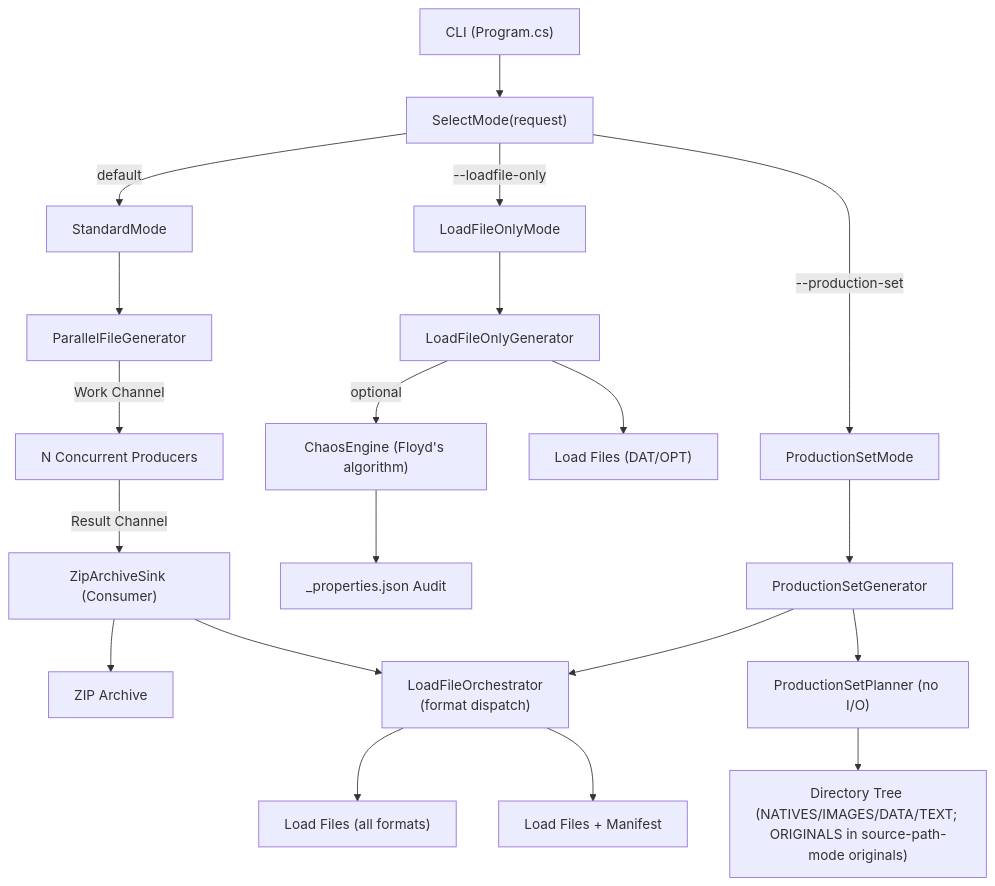
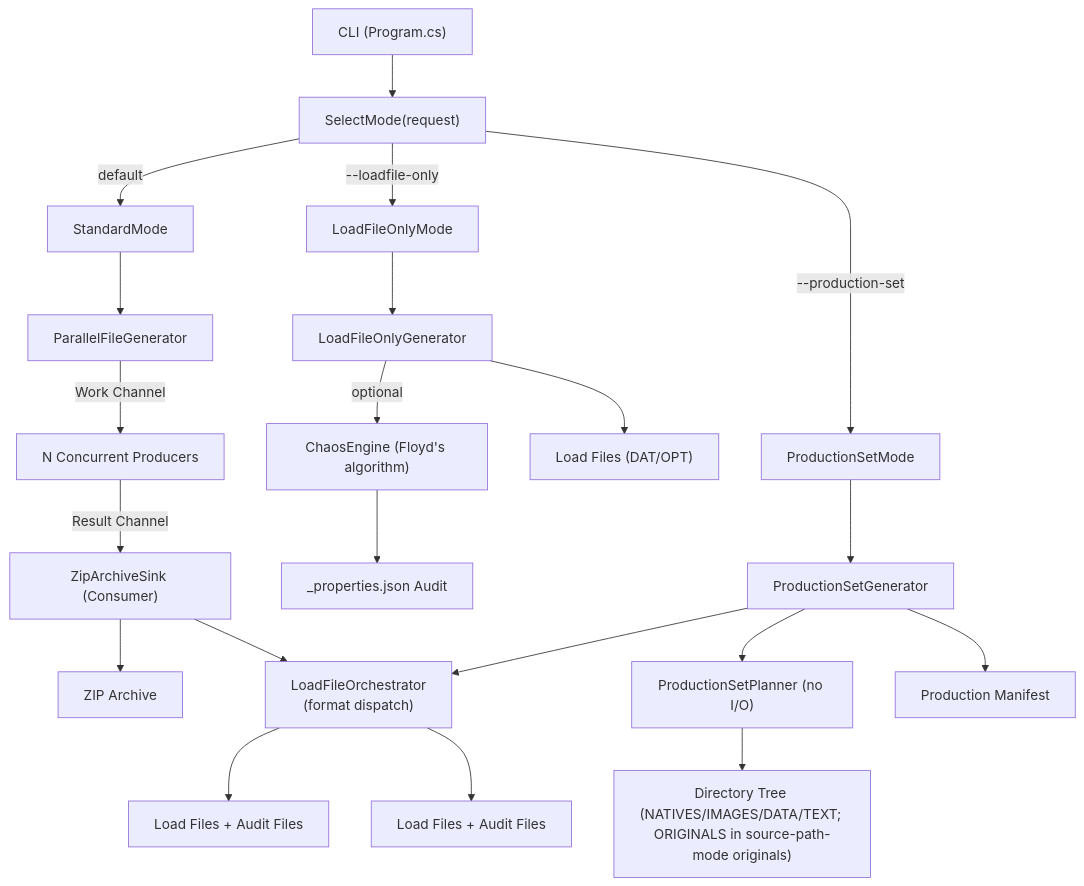
The first of 3 diagrams in docs/architecture.md (dwojtaszek/zipper), drawn with Mermaid before and after one commit. The commit also changed 2 other files, not shown here.

Commit message:
fix: honor review findings on orchestrator extraction
- Restore prior non-cancellable load-file phase in ZipArchiveSink by
  passing CancellationToken.None, so cancellation cannot leave partial
  DAT/OPT/audit sidecars in the output directory (Standard mode).
- Check cancellation before generating the Audit File and pass the token
  to the audit StreamWriter write.
- Fix architecture diagram: LoadFileOrchestrator emits Load Files + Audit
  Files; Production Manifest stays owned by ProductionSetGenerator.

````diff
--- a/docs/architecture.md
+++ b/docs/architecture.md
@@ -40,26 +40,27 @@
 ```mermaid
 graph TD
     CLI["CLI (Program.cs)"]
     CLI --> SelectMode["SelectMode(request)"]
     SelectMode -->|"default"| StandardMode["StandardMode"]
     SelectMode -->|"--loadfile-only"| LoadFileOnlyMode["LoadFileOnlyMode"]
     SelectMode -->|"--production-set"| ProductionSetMode["ProductionSetMode"]
 
     StandardMode --> PFG["ParallelFileGenerator"]
     PFG -->|"Work Channel"| Producers["N Concurrent Producers"]
     Producers -->|"Result Channel"| ZAS["ZipArchiveSink (Consumer)"]
     ZAS --> ZIP["ZIP Archive"]
     ZAS --> LFO["LoadFileOrchestrator<br/>(format dispatch)"]
-    LFO --> LF1["Load Files (all formats)"]
+    LFO --> LF1["Load Files + Audit Files"]
 
     LoadFileOnlyMode --> LOG["LoadFileOnlyGenerator"]
     LOG --> LF2["Load Files (DAT/OPT)"]
     LOG -->|"optional"| Chaos["ChaosEngine (Floyd's algorithm)"]
     Chaos --> Audit["_properties.json Audit"]
 
     ProductionSetMode --> PSG["ProductionSetGenerator"]
     PSG --> PSP["ProductionSetPlanner (no I/O)"]
     PSP --> Tree["Directory Tree (NATIVES/IMAGES/DATA/TEXT; ORIGINALS in source-path-mode originals)"]
     PSG --> LFO
-    LFO --> LF3["Load Files + Manifest"]
+    LFO --> LF3["Load Files + Audit Files"]
+    PSG --> Manifest["Production Manifest"]
 ```
````
